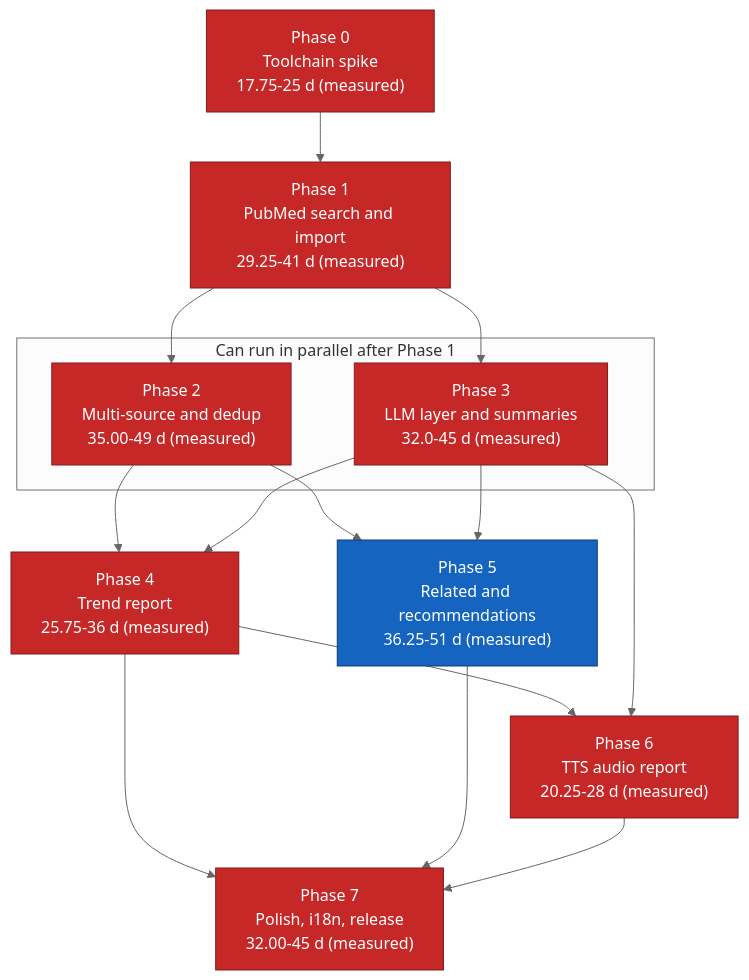
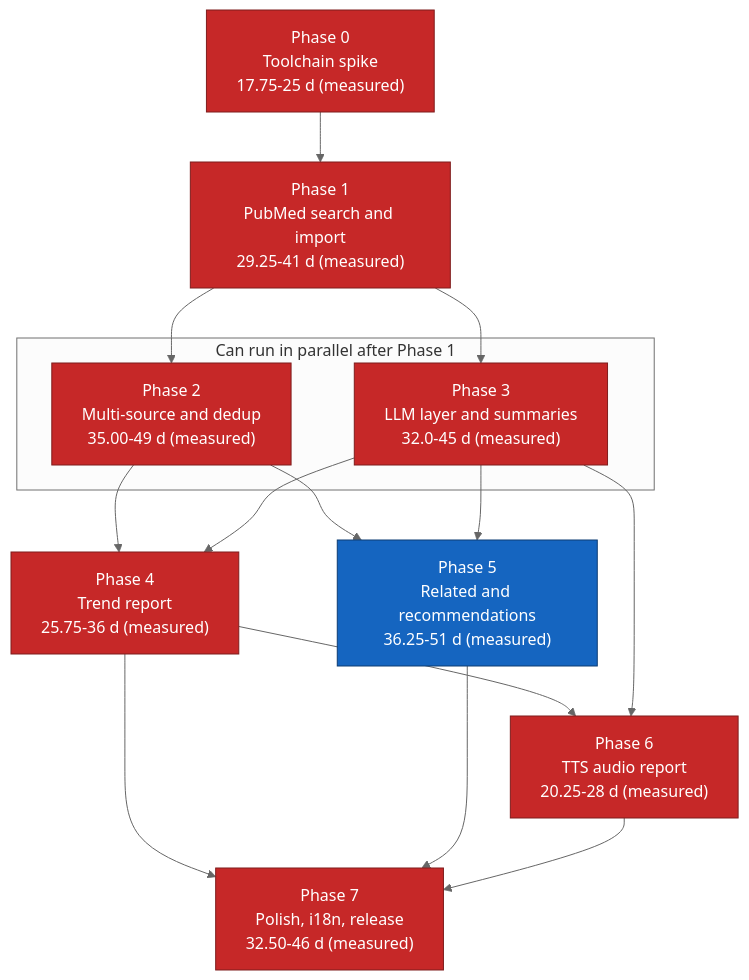
One commit to suppakoko/research_helper changed the diagram in docs/11-implementation-roadmap.md. Above: the diagram before and after it, drawn with Mermaid (neutral theme). The commit also changed other lines of this file and 17 other files, not shown here.

````diff
--- a/docs/11-implementation-roadmap.md
+++ b/docs/11-implementation-roadmap.md
@@ -327,34 +327,34 @@
 ```mermaid
 graph TD
     P0["Phase 0<br/>Toolchain spike<br/>17.75-25 d (measured)"]
     P1["Phase 1<br/>PubMed search and import<br/>29.25-41 d (measured)"]
     P2["Phase 2<br/>Multi-source and dedup<br/>35.00-49 d (measured)"]
     P3["Phase 3<br/>LLM layer and summaries<br/>32.0-45 d (measured)"]
     P4["Phase 4<br/>Trend report<br/>25.75-36 d (measured)"]
     P5["Phase 5<br/>Related and recommendations<br/>36.25-51 d (measured)"]
     P6["Phase 6<br/>TTS audio report<br/>20.25-28 d (measured)"]
-    P7["Phase 7<br/>Polish, i18n, release<br/>32.00-45 d (measured)"]
+    P7["Phase 7<br/>Polish, i18n, release<br/>32.50-46 d (measured)"]
 
     P0 --> P1
     P1 --> P2
     P1 --> P3
     P2 --> P4
     P3 --> P4
     P2 --> P5
     P3 --> P5
     P4 --> P6
     P3 --> P6
     P4 --> P7
     P5 --> P7
     P6 --> P7
 
     subgraph parallel["Can run in parallel after Phase 1"]
         P2
         P3
     end
 
     classDef critical fill:#c62828,stroke:#7f1d1d,color:#ffffff
     classDef normal fill:#1565c0,stroke:#0d3c73,color:#ffffff
     class P0,P1,P2,P3,P4,P6,P7 critical
     class P5 normal
 ```
````
